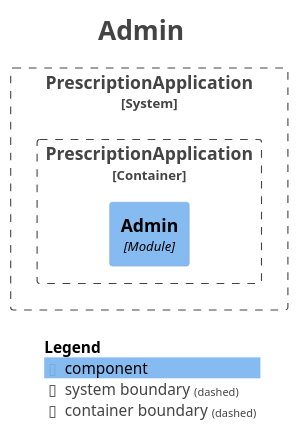
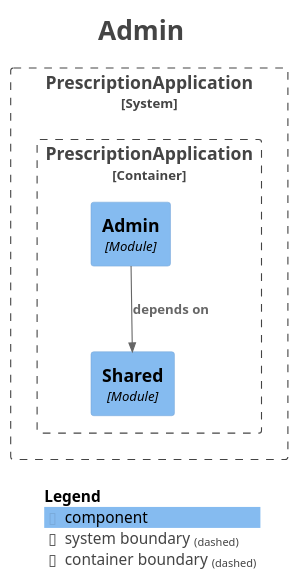
Before and after one commit to Losdreyfedus/doping-prescription: the diagram in docs/moduller/module-admin.puml, drawn with PlantUML. The commit also changed 5 other files, not shown here.

```diff
--- a/docs/moduller/module-admin.puml
+++ b/docs/moduller/module-admin.puml
@@ -1,27 +1,30 @@
 @startuml
 title <size:24>Admin</size>
 
 set separator none
 top to bottom direction
 
 <style>
   root {
     BackgroundColor: #ffffff
     FontColor: #444444
   }
 </style>
 
 !include <C4/C4>
 !include <C4/C4_Context>
 !include <C4/C4_Component>
 
 System_Boundary("PrescriptionApplication_boundary", "PrescriptionApplication", $tags="") {
   Container_Boundary("PrescriptionApplication.PrescriptionApplication_boundary", "PrescriptionApplication", $tags="") {
+    Component(PrescriptionApplication.PrescriptionApplication.Shared, "Shared", $techn="Module", $descr="", $tags="", $link="")
     Component(PrescriptionApplication.PrescriptionApplication.Admin, "Admin", $techn="Module", $descr="", $tags="", $link="")
   }
 
 }
 
+Rel(PrescriptionApplication.PrescriptionApplication.Admin, PrescriptionApplication.PrescriptionApplication.Shared, "depends on", $techn="", $tags="", $link="")
+
 SHOW_LEGEND(true)
 hide stereotypes
 @enduml
```
